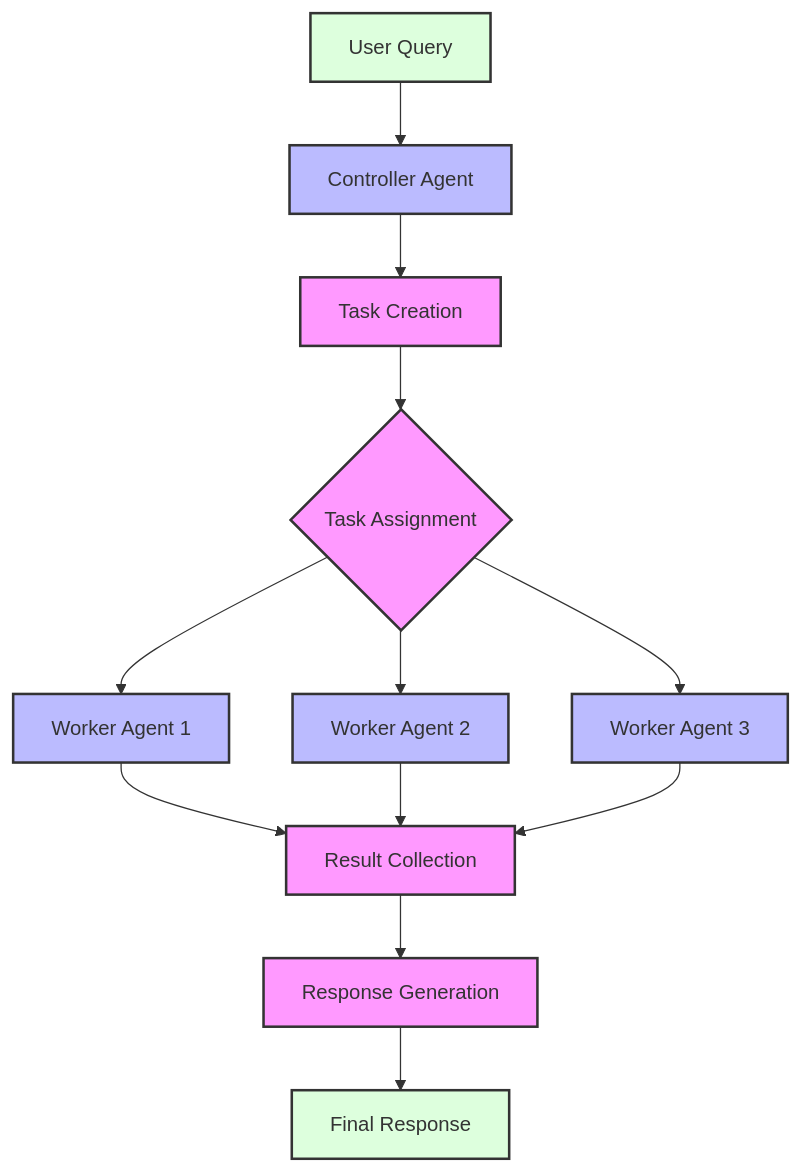
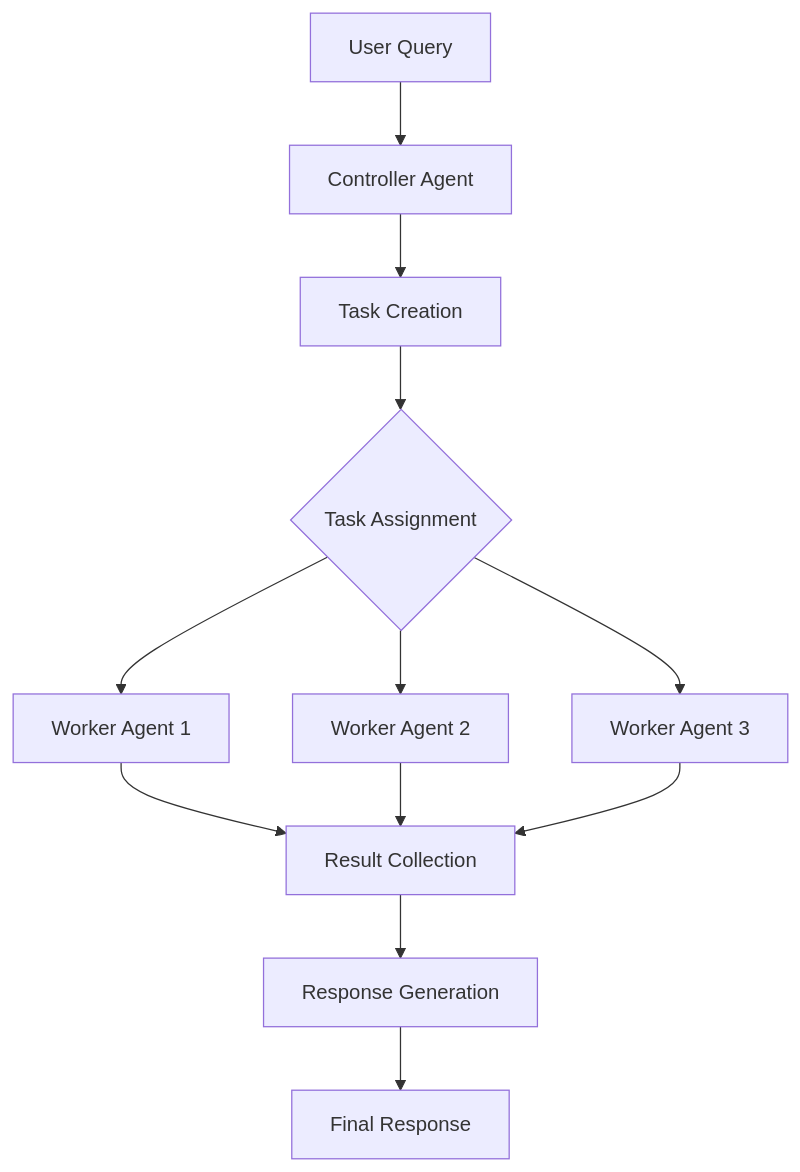
One commit to inherent-design/atlas changed the first of 2 diagrams in docs/workflows/multi_agent.md. Above: the diagram before and after it, drawn with Mermaid. The commit also changed 11 other files, not shown here.

````diff
--- a/docs/workflows/multi_agent.md
+++ b/docs/workflows/multi_agent.md
@@ -14,21 +14,15 @@
 ```mermaid
 flowchart TD
     A[User Query] --> B[Controller Agent]
     B --> C[Task Creation]
     C --> D{Task Assignment}
     D --> E[Worker Agent 1]
     D --> F[Worker Agent 2]
     D --> G[Worker Agent 3]
     E --> H[Result Collection]
     F --> H
     G --> H
     H --> I[Response Generation]
     I --> J[Final Response]
 
-    classDef process fill:#f9f,stroke:#333,stroke-width:2px
-    classDef agent fill:#bbf,stroke:#333,stroke-width:2px
-    classDef data fill:#dfd,stroke:#333,stroke-width:2px
-    class A,J data
-    class B,E,F,G agent
-    class C,D,H,I process
 ```
````
